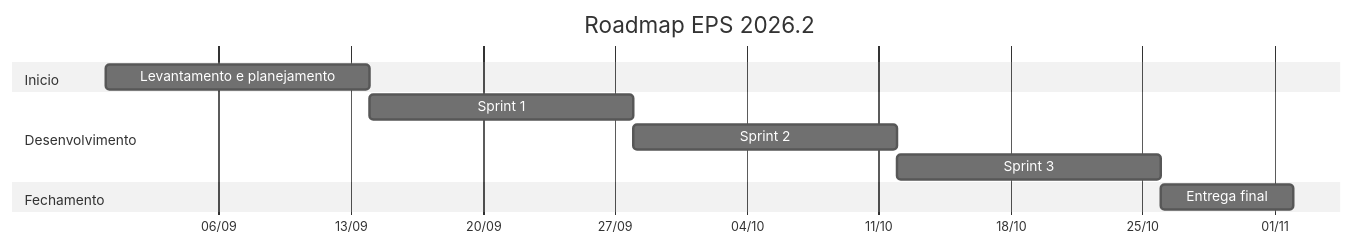
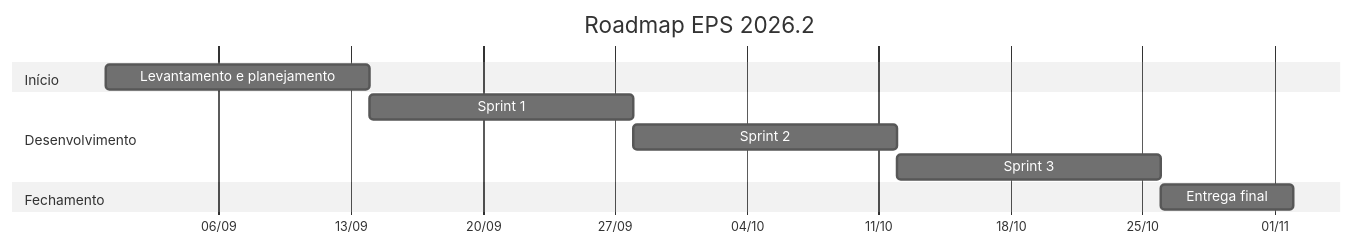
Before and after one commit to fga-eps-mds/2026.2-MeasureSoftGram-docs-eps: the diagram in docs/planejamento/roadmap.mdx, drawn with Mermaid (neutral theme). The commit also changed other lines of this file and 20 other files, not shown here.

````diff
--- a/docs/planejamento/roadmap.mdx
+++ b/docs/planejamento/roadmap.mdx
@@ -11,17 +11,17 @@
 ```mermaid
 gantt
   title Roadmap EPS 2026.2
   dateFormat YYYY-MM-DD
   axisFormat %d/%m
 
-  section Inicio
+  section Início
   Levantamento e planejamento :a1, 2026-08-31, 14d
 
   section Desenvolvimento
   Sprint 1 :a2, after a1, 14d
   Sprint 2 :a3, after a2, 14d
   Sprint 3 :a4, after a3, 14d
 
   section Fechamento
   Entrega final :a5, after a4, 7d
 ```
````
